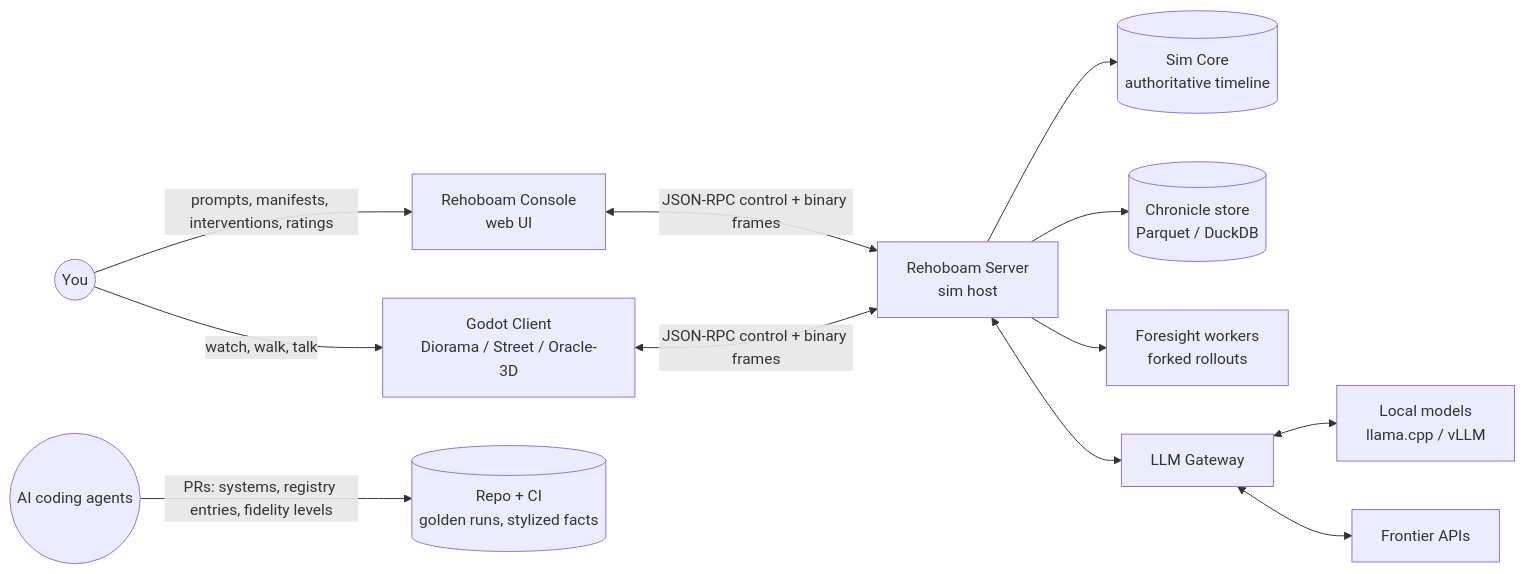
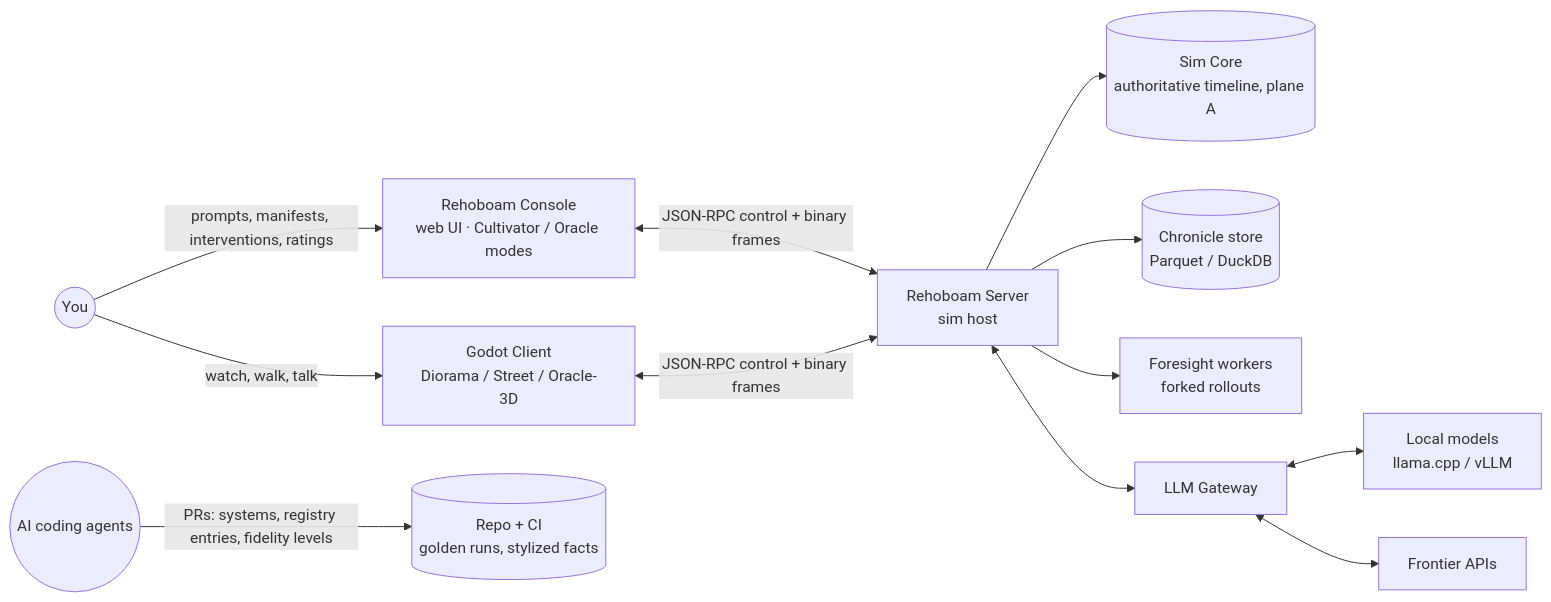
One commit to BigRigVibeCoder/Rehoboam changed the first of 2 diagrams in docs/04_concept_of_operations.md. Above: the diagram before and after it, drawn with Mermaid. The commit also changed other lines of this file and 11 other files, not shown here.

````diff
--- a/docs/04_concept_of_operations.md
+++ b/docs/04_concept_of_operations.md
@@ -9,14 +10,14 @@
 ```mermaid
 flowchart LR
-    U((You)) -->|prompts, manifests, interventions, ratings| C[Rehoboam Console<br/>web UI]
+    U((You)) -->|prompts, manifests, interventions, ratings| C[Rehoboam Console<br/>web UI · Cultivator / Oracle modes]
     U -->|watch, walk, talk| G[Godot Client<br/>Diorama / Street / Oracle-3D]
     C <-->|JSON-RPC control + binary frames| S[Rehoboam Server<br/>sim host]
     G <-->|JSON-RPC control + binary frames| S
-    S --> K[(Sim Core<br/>authoritative timeline)]
+    S --> K[(Sim Core<br/>authoritative timeline, plane A)]
     S --> X[(Chronicle store<br/>Parquet / DuckDB)]
     S --> F[Foresight workers<br/>forked rollouts]
     S <--> L[LLM Gateway]
     L <--> LL[Local models<br/>llama.cpp / vLLM]
     L <--> API[Frontier APIs]
     A((AI coding agents)) -->|PRs: systems, registry entries, fidelity levels| R[(Repo + CI<br/>golden runs, stylized facts)]
 ```
````
